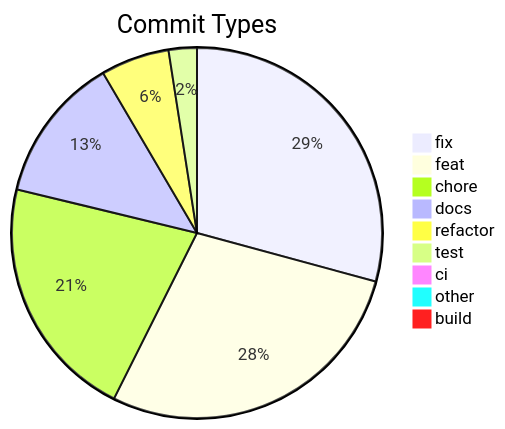
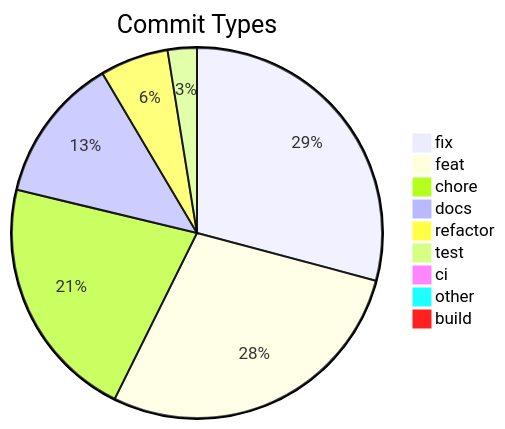
The diagram in .shipwright/compliance/change-history.md (svenroth-ai/shipwright), drawn with Mermaid before and after one commit. The commit also changed other lines of this file and 33 other files, not shown here.

````diff
--- a/.shipwright/compliance/change-history.md
+++ b/.shipwright/compliance/change-history.md
@@ -8,12 +8,12 @@
 ```mermaid
 pie title Commit Types
     "fix" : 332
-    "feat" : 320
-    "chore" : 243
+    "feat" : 321
+    "chore" : 244
     "docs" : 145
     "refactor" : 68
-    "test" : 28
+    "test" : 29
     "ci" : 11
     "other" : 9
     "build" : 1
 ```
````
